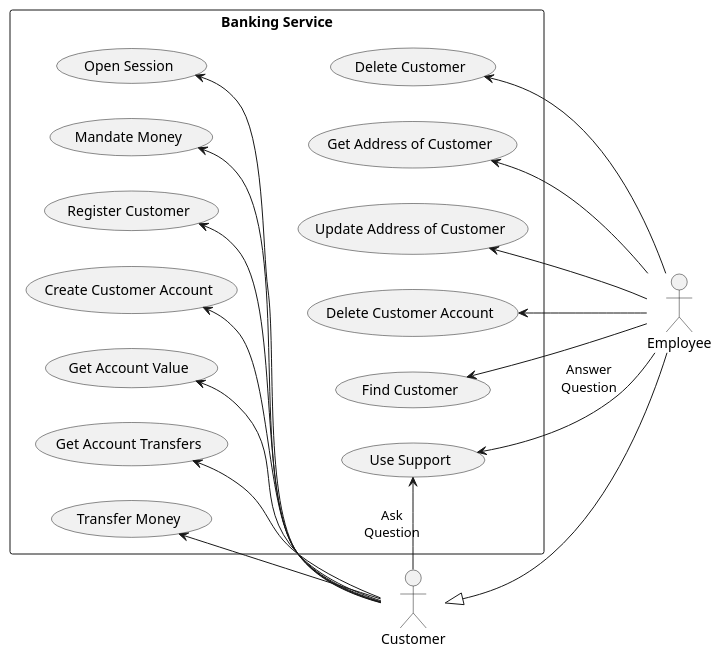
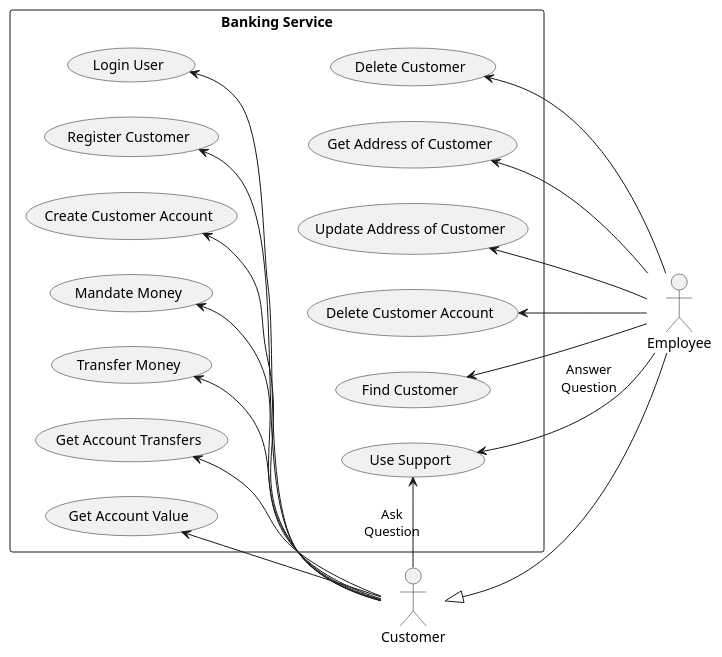
Before and after one commit to SteffBauer/sw_project: the diagram in documentation/diagrams/DiagramUseCase_BankingService.puml, drawn with PlantUML.

Commit message:
Worked on use case diagram

```diff
--- a/documentation/diagrams/DiagramUseCase_BankingService.puml
+++ b/documentation/diagrams/DiagramUseCase_BankingService.puml
@@ -1,66 +1,66 @@
 @startuml
 
 left to right direction
 skinparam monochrome true
 
 actor "Customer" as c
 actor "Employee" as e
 
 c <|-- e
 
 rectangle "Banking Service" as Banking {
 
-  usecase "Register Customer" as uc11
+  usecase "Create Customer Account" as uc11
   usecase "Find Customer" as uc12
   usecase "Delete Customer" as uc13
   usecase "Get Address of Customer" as uc14
   usecase "Update Address of Customer" as uc15
-  usecase "Create Customer Account" as uc16
+  usecase "Mandate Money" as uc16
   usecase "Delete Customer Account" as uc17
 
-  usecase "Open Session" as uc21
+  usecase "Login User" as uc21
 
   usecase "Use Support" as uc31
 
-  usecase "Get Account Value" as uc41
+  usecase "Transfer Money" as uc41
   usecase "Get Account Transfers" as uc42
-  usecase "Transfer Money" as uc43
-  usecase "Mandate Money" as uc44
+  usecase "Get Account Value" as uc43
+  usecase "Register Customer" as uc44
 }
 
 ' Customer Service
 uc11 <-- c
 uc16 <-- c
 
 e --> uc12
 e --> uc13
 e --> uc14
 e --> uc15
 e --> uc17
 
 
 ' Session Service
 uc21 <-- c
 
 
 ' Support Service
 'uc31 --> chat
 uc31 <-- c : Ask\nQuestion
 e --> uc31 : Answer\nQuestion
 
 
 ' Banking Service
 uc41 <-- c
 uc42 <-- c
 uc43 <-- c
 uc44 <-- c
 
 ' Layout
 uc21 -[hidden]-> uc12
 uc21 -[hidden]-> uc13
 uc21 -[hidden]-> uc14
 uc21 -[hidden]-> uc15
 uc21 -[hidden]-> uc17
 uc44 -[hidden]-> uc31
 
 @enduml
```
